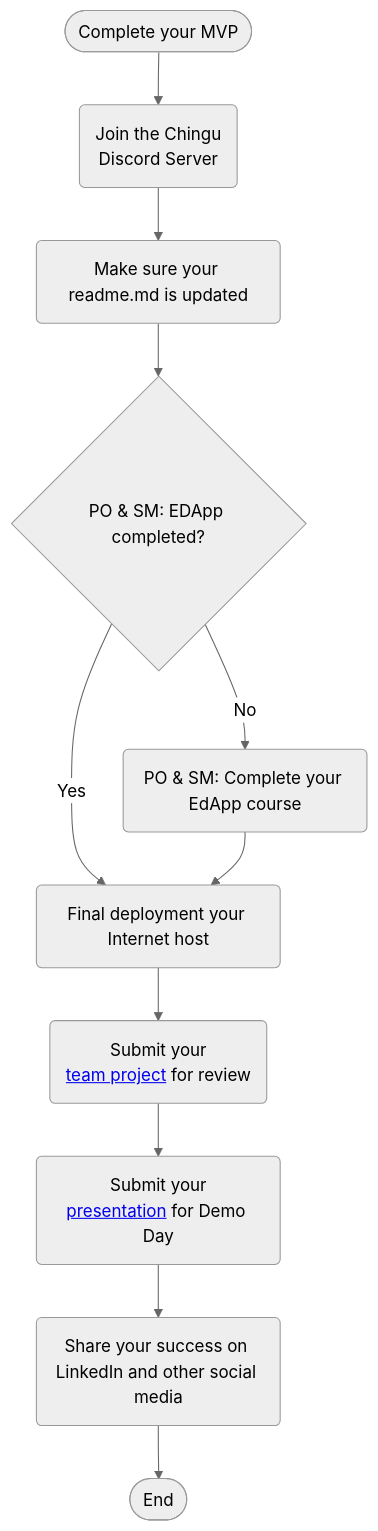
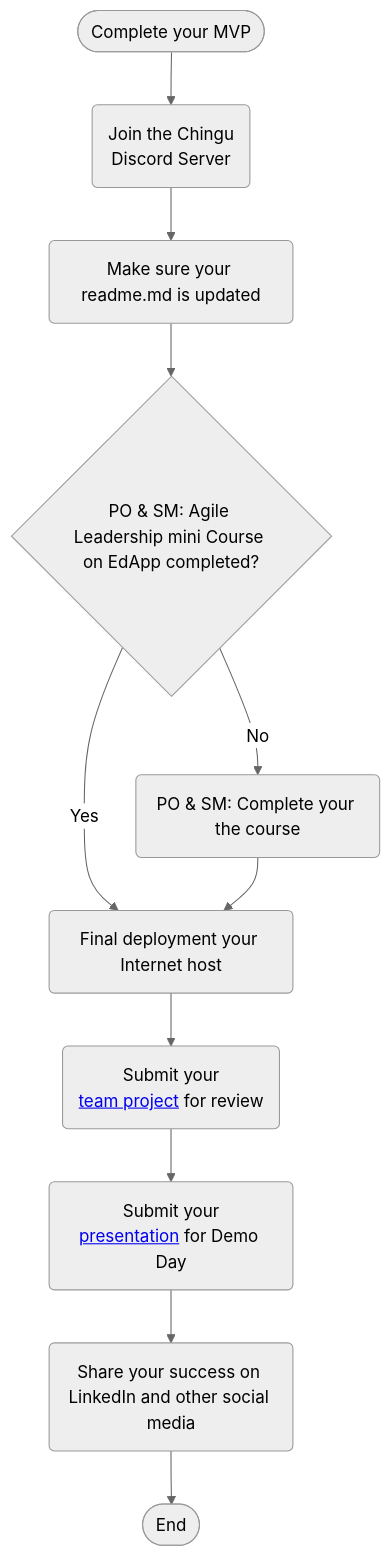
One commit to chingu-voyages/Handbook changed the third of 3 diagrams in docs/guides/voyage/voyage.md. Above: the diagram before and after it, drawn with Mermaid (neutral theme). The commit also changed other lines of this file, not shown here.

Commit message:
Update voyage.md
Updated to clarify difference between project submission and PO/SM final presentation. Also update description of PO/SM mini course

````diff
--- a/docs/guides/voyage/voyage.md
+++ b/docs/guides/voyage/voyage.md
@@ -534,13 +534,13 @@
   ```mermaid
 flowchart TB
    A(["Complete your MVP"]) --> B(Join the Chingu</br>Discord Server);
    B --> C(Make sure your readme.md is updated);
-   C --> D{PO & SM: EDApp completed?};
+   C --> D{PO & SM: Agile Leadership mini Course on EdApp completed?};
    D -- Yes --> E(Final deployment your Internet host);
-   D -- No --> F(PO & SM: Complete your EdApp course);
+   D -- No --> F(PO & SM: Complete your the course);
    F --> E;
    E --> H(Submit your</br><a href='https://forms.gle/zjc4F3fauDiwiz1H9' target='_blank'>team project</a> for review);
    H --> I(Submit your</br><a href='https://forms.gle/zjc4F3fauDiwiz1H9' target='_blank'>presentation</a> for Demo Day);
    I --> J(Share your success on LinkedIn and other social media);
    J --> Z([End]);
 ```
````
